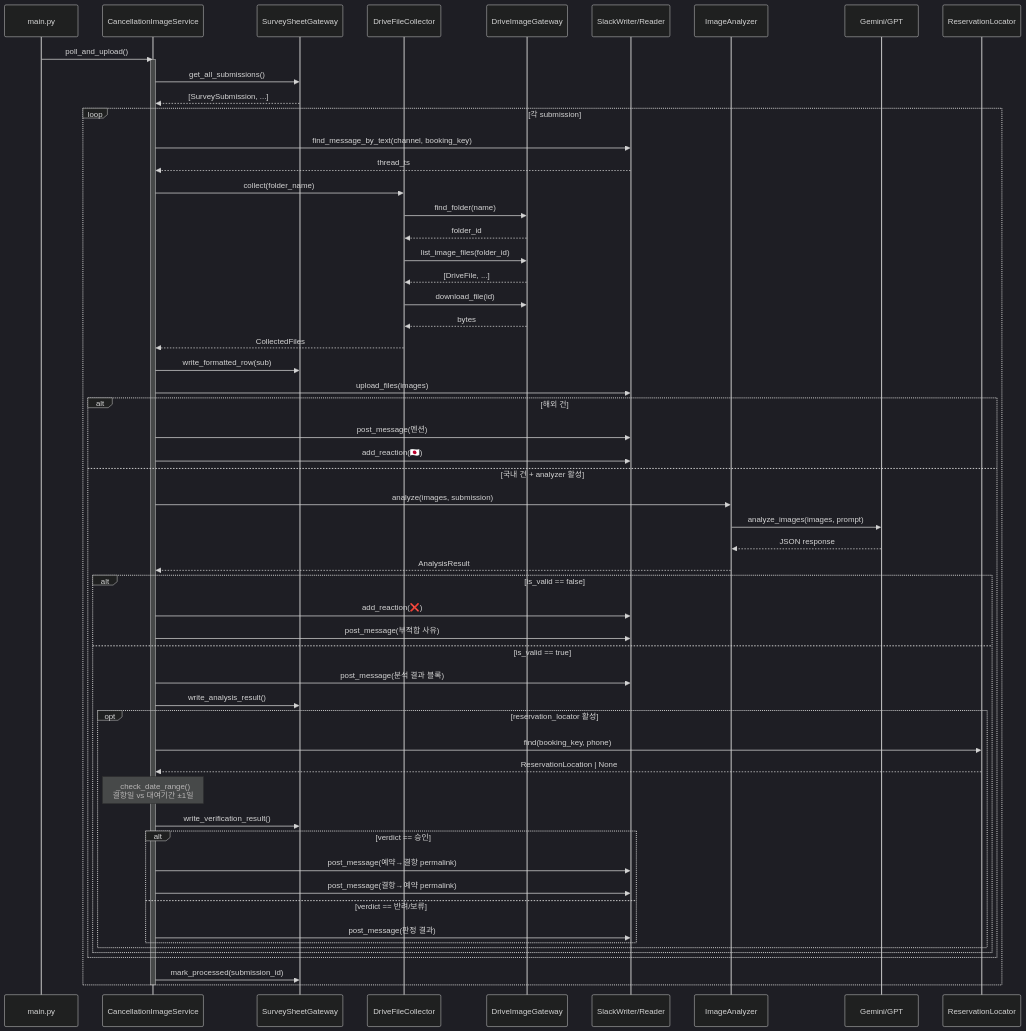
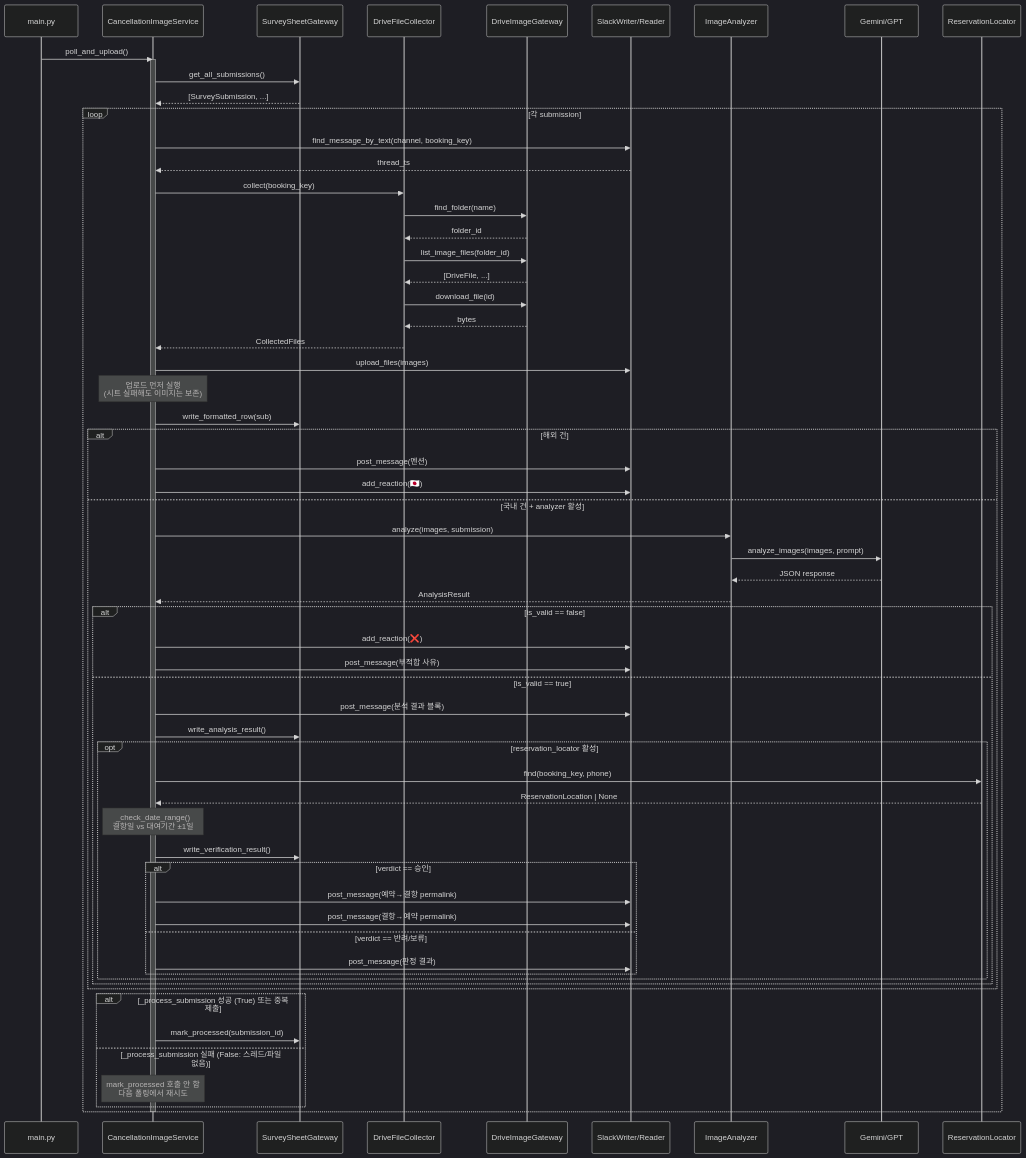
One commit to min1336/ai-slackapp changed the first of 3 diagrams in cancellation-design.md. Above: the diagram before and after it, drawn with Mermaid (dark theme). The commit also changed other lines of this file, not shown here.

````diff
--- a/cancellation-design.md
+++ b/cancellation-design.md
@@ -295,70 +302,75 @@
 ```mermaid
 sequenceDiagram
     participant Main as main.py
     participant CIS as CancellationImageService
     participant Survey as SurveySheetGateway
     participant Collector as DriveFileCollector
     participant Drive as DriveImageGateway
     participant Slack as SlackWriter/Reader
     participant Analyzer as ImageAnalyzer
     participant AI as Gemini/GPT
     participant RL as ReservationLocator
 
     Main->>CIS: poll_and_upload()
     activate CIS
     CIS->>Survey: get_all_submissions()
     Survey-->>CIS: [SurveySubmission, ...]
 
     loop 각 submission
         CIS->>Slack: find_message_by_text(channel, booking_key)
         Slack-->>CIS: thread_ts
 
-        CIS->>Collector: collect(folder_name)
+        CIS->>Collector: collect(booking_key)
         Collector->>Drive: find_folder(name)
         Drive-->>Collector: folder_id
         Collector->>Drive: list_image_files(folder_id)
         Drive-->>Collector: [DriveFile, ...]
         Collector->>Drive: download_file(id)
         Drive-->>Collector: bytes
         Collector-->>CIS: CollectedFiles
 
+        CIS->>Slack: upload_files(images)
+        Note over CIS: 업로드 먼저 실행<br/>(시트 실패해도 이미지는 보존)
         CIS->>Survey: write_formatted_row(sub)
-        CIS->>Slack: upload_files(images)
 
         alt 해외 건
             CIS->>Slack: post_message(멘션)
             CIS->>Slack: add_reaction(🇯🇵)
         else 국내 건 + analyzer 활성
             CIS->>Analyzer: analyze(images, submission)
             Analyzer->>AI: analyze_images(images, prompt)
             AI-->>Analyzer: JSON response
             Analyzer-->>CIS: AnalysisResult
 
             alt is_valid == false
                 CIS->>Slack: add_reaction(❌)
                 CIS->>Slack: post_message(부적합 사유)
             else is_valid == true
                 CIS->>Slack: post_message(분석 결과 블록)
                 CIS->>Survey: write_analysis_result()
 
                 opt reservation_locator 활성
                     CIS->>RL: find(booking_key, phone)
                     RL-->>CIS: ReservationLocation | None
                     Note over CIS: _check_date_range()<br/>결항일 vs 대여기간 ±1일
 
                     CIS->>Survey: write_verification_result()
 
                     alt verdict == 승인
                         CIS->>Slack: post_message(예약→결항 permalink)
                         CIS->>Slack: post_message(결항→예약 permalink)
                     else verdict == 반려/보류
                         CIS->>Slack: post_message(판정 결과)
                     end
                 end
             end
         end
 
-        CIS->>Survey: mark_processed(submission_id)
+        alt _process_submission 성공 (True) 또는 중복 제출
+            CIS->>Survey: mark_processed(submission_id)
+        else _process_submission 실패 (False: 스레드/파일 없음)
+            Note over CIS: mark_processed 호출 안 함<br/>다음 폴링에서 재시도
+        end
     end
     deactivate CIS
 ```
````
